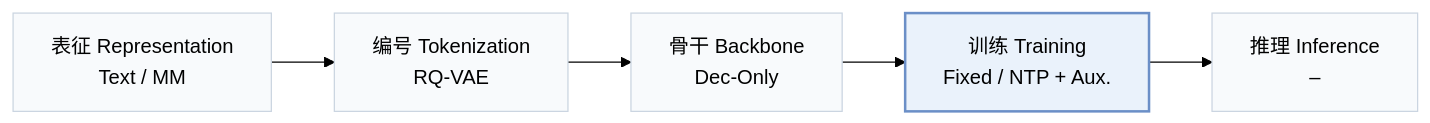
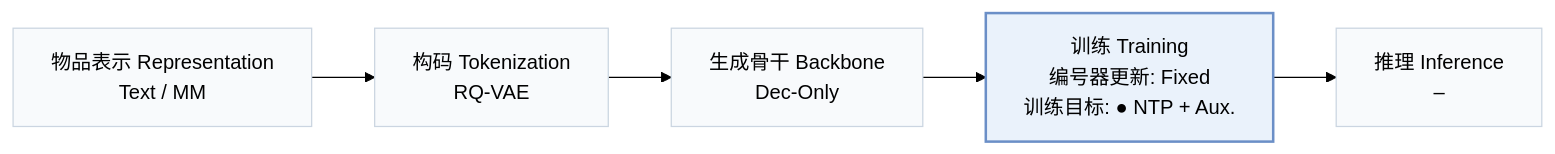
One commit to Galaxy-ghost/Awesome-SID-Generative-Rec changed the first of 2 diagrams in pages/zh/papers/haste.md. Above: the diagram before and after it, drawn with Mermaid (forest theme). The commit also changed other lines of this file and 558 other files, not shown here.

````diff
--- a/pages/zh/papers/haste.md
+++ b/pages/zh/papers/haste.md
@@ -15,8 +18,8 @@
 ```mermaid
 flowchart LR
-    R["表征 Representation<br/>Text / MM"] --> T["编号 Tokenization<br/>RQ-VAE"] --> B["骨干 Backbone<br/>Dec-Only"] --> TR["训练 Training<br/>Fixed / NTP + Aux."] --> I["推理 Inference<br/>–"]
+    R["物品表示 Representation<br/>Text / MM"] --> T["构码 Tokenization<br/>RQ-VAE"] --> B["生成骨干 Backbone<br/>Dec-Only"] --> TR["训练 Training<br/>编号器更新: Fixed<br/>训练目标: ● NTP + Aux."] --> I["推理 Inference<br/>–"]
     classDef base fill:#f8fafc,stroke:#cbd5e1
     class R,T,B,TR,I base
     classDef main fill:#eaf2fb,stroke:#6b8fc7,stroke-width:2px
     class TR main
 ```
````
